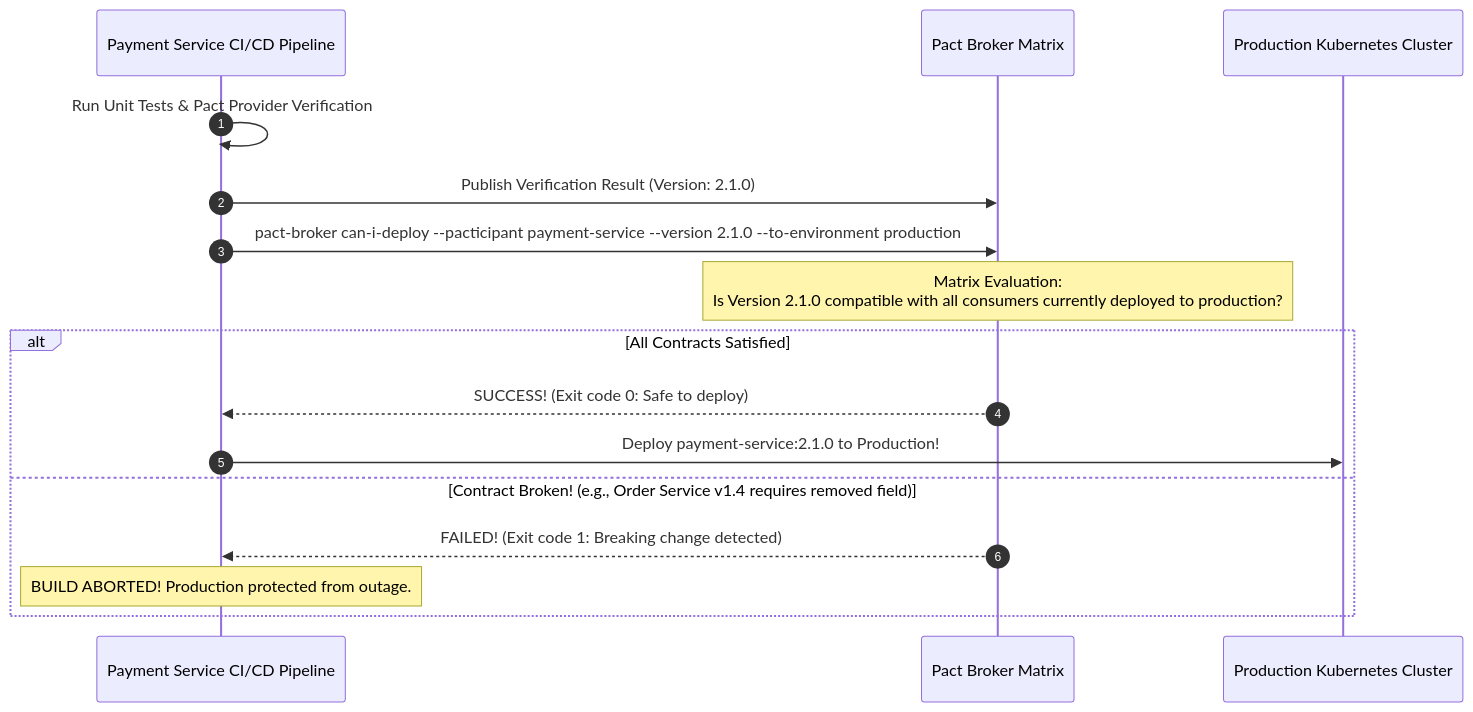
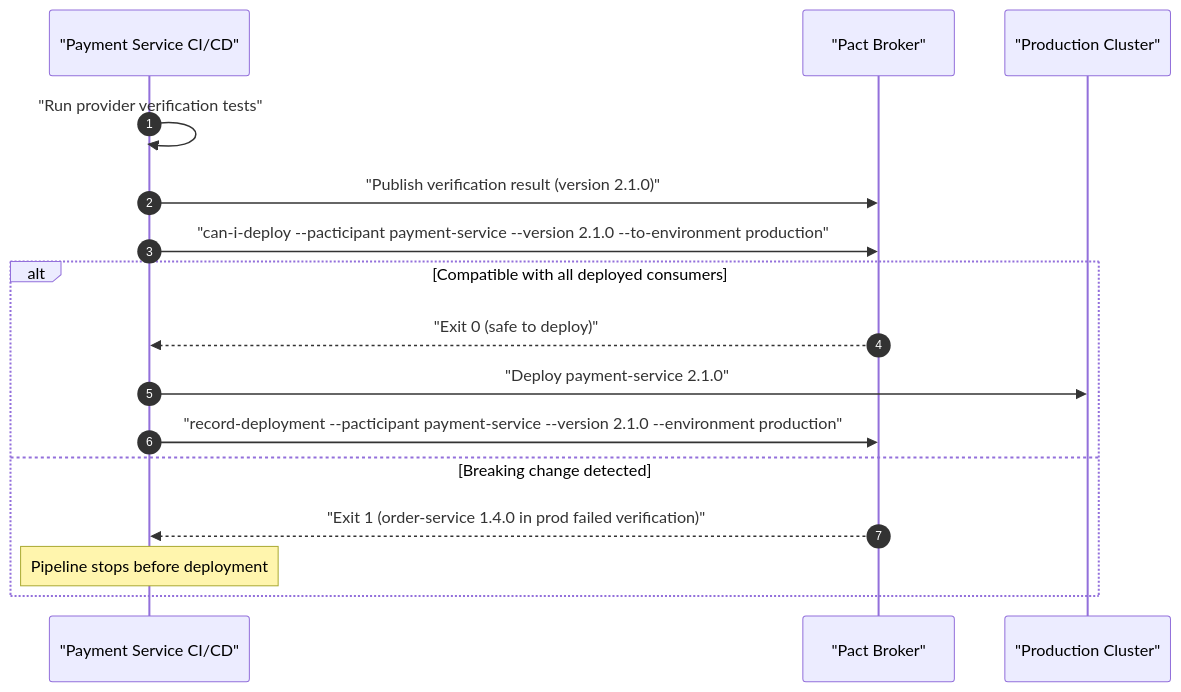
Before and after one commit to ravishankar2463/java_hub: the second of 2 diagrams in content/roadmap/level-11/contract-testing-with-pact.md, drawn with Mermaid. The commit also changed other lines of this file and 119 other files, not shown here.

Commit message:
feat: add comprehensive java learning roadmap content across multiple levels

````diff
--- a/content/roadmap/level-11/contract-testing-with-pact.md
+++ b/content/roadmap/level-11/contract-testing-with-pact.md
@@ -244,21 +316,20 @@
 ```mermaid
 sequenceDiagram
     autonumber
-    participant CI as Payment Service CI/CD Pipeline
-    participant Broker as Pact Broker Matrix
-    participant K8s as Production Kubernetes Cluster
+    participant CI as "Payment Service CI/CD"
+    participant Broker as "Pact Broker"
+    participant K8s as "Production Cluster"
 
-    CI->>CI: Run Unit Tests & Pact Provider Verification
-    CI->>Broker: Publish Verification Result (Version: 2.1.0)
-    
-    CI->>Broker: pact-broker can-i-deploy --pacticipant payment-service --version 2.1.0 --to-environment production
-    Note over Broker: Matrix Evaluation:<br/>Is Version 2.1.0 compatible with all consumers currently deployed to production?
-    
-    alt All Contracts Satisfied
-        Broker-->>CI: SUCCESS! (Exit code 0: Safe to deploy)
-        CI->>K8s: Deploy payment-service:2.1.0 to Production!
-    else Contract Broken! (e.g., Order Service v1.4 requires removed field)
-        Broker-->>CI: FAILED! (Exit code 1: Breaking change detected)
-        Note over CI: BUILD ABORTED! Production protected from outage.
+    CI->>CI: "Run provider verification tests"
+    CI->>Broker: "Publish verification result (version 2.1.0)"
+    CI->>Broker: "can-i-deploy --pacticipant payment-service --version 2.1.0 --to-environment production"
+
+    alt Compatible with all deployed consumers
+        Broker-->>CI: "Exit 0 (safe to deploy)"
+        CI->>K8s: "Deploy payment-service 2.1.0"
+        CI->>Broker: "record-deployment --pacticipant payment-service --version 2.1.0 --environment production"
+    else Breaking change detected
+        Broker-->>CI: "Exit 1 (order-service 1.4.0 in prod failed verification)"
+        Note over CI: Pipeline stops before deployment
     end
 ```
````
